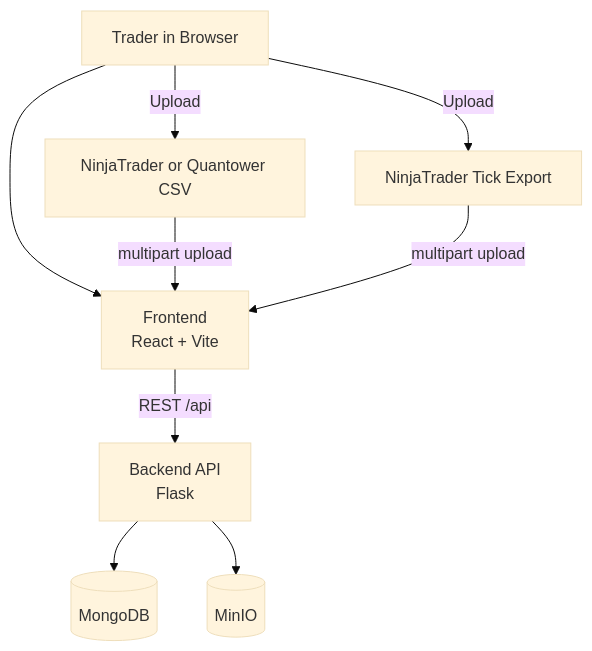
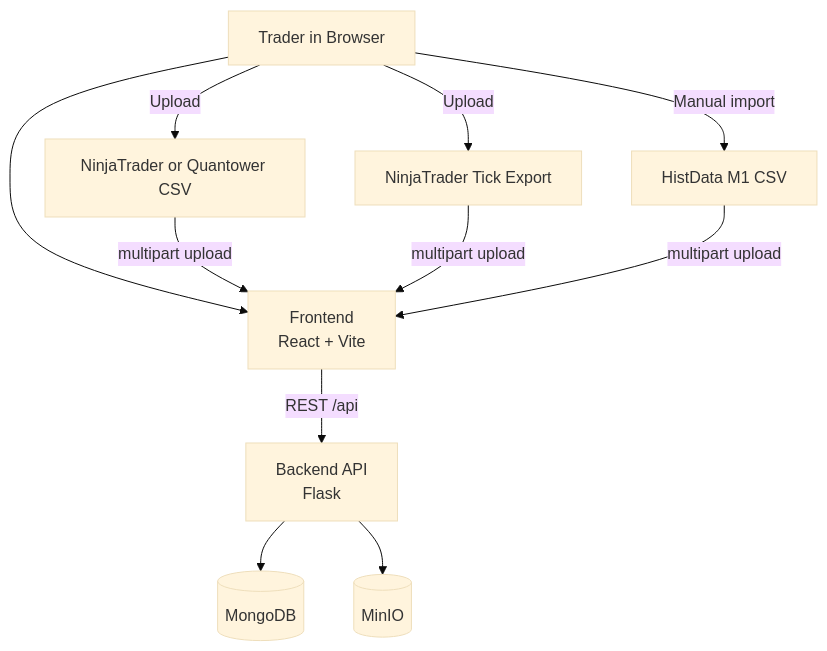
The first of 12 diagrams in docs/architecture/architecture.md (diridevelops/JanusEdge), drawn with Mermaid (base theme) before and after one commit. The commit also changed other lines of this file and 283 other files, not shown here.

````diff
--- a/docs/architecture/architecture.md
+++ b/docs/architecture/architecture.md
@@ -17,19 +19,22 @@
 ```mermaid
 graph TB
 	Trader[Trader in Browser]
 	Frontend[Frontend<br/>React + Vite]
 	Backend[Backend API<br/>Flask]
 	Mongo[(MongoDB)]
 	MinIO[(MinIO)]
 	CSV[NinjaTrader or Quantower CSV]
 	TickExport[NinjaTrader Tick Export]
+	HistData[HistData M1 CSV]
 
 	Trader --> Frontend
 	Frontend -->|REST /api| Backend
 	Trader -->|Upload| CSV
 	Trader -->|Upload| TickExport
+	Trader -->|Manual import| HistData
 	CSV -->|multipart upload| Frontend
 	TickExport -->|multipart upload| Frontend
+	HistData -->|multipart upload| Frontend
 	Backend --> Mongo
 	Backend --> MinIO
 ```
````
